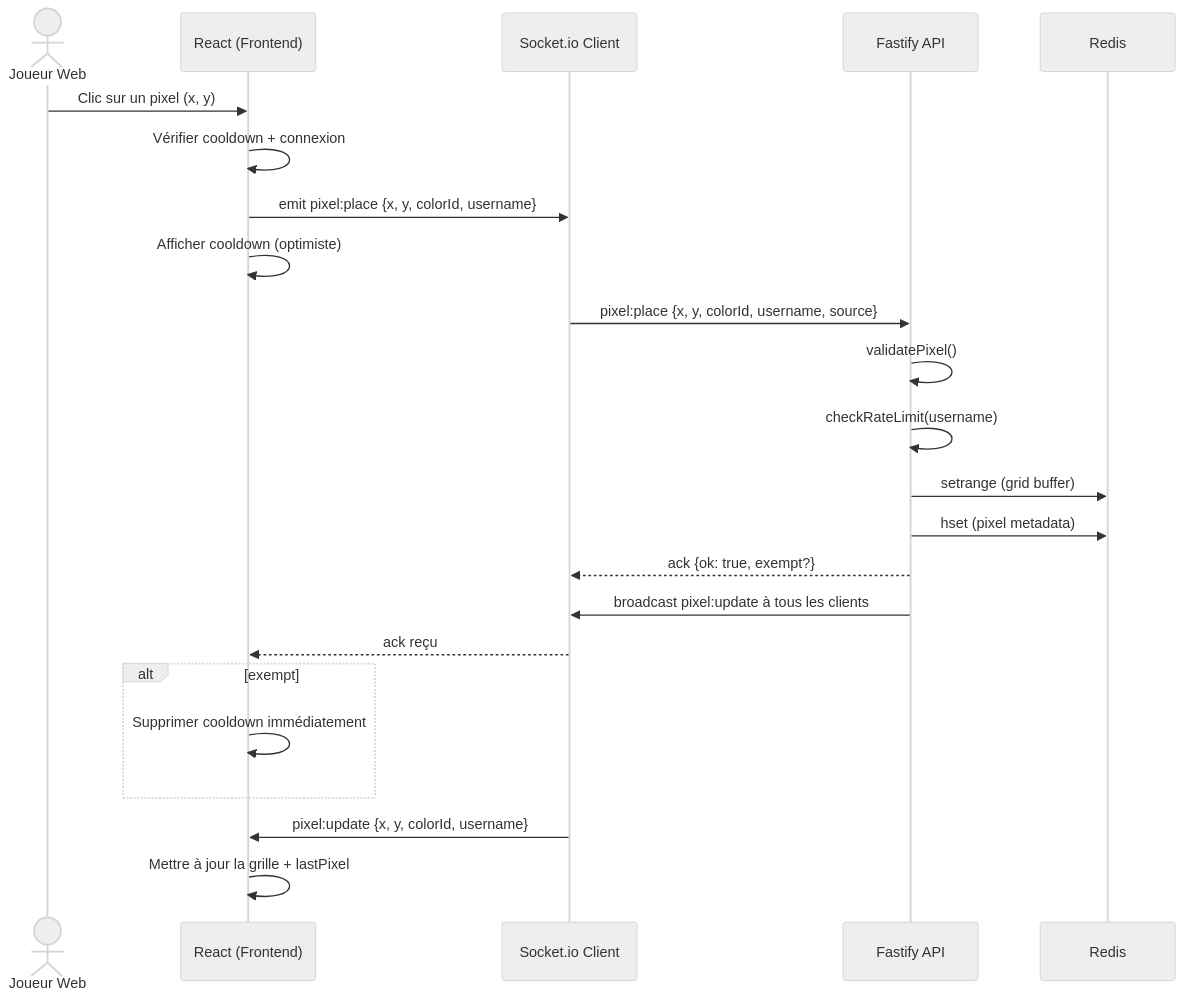
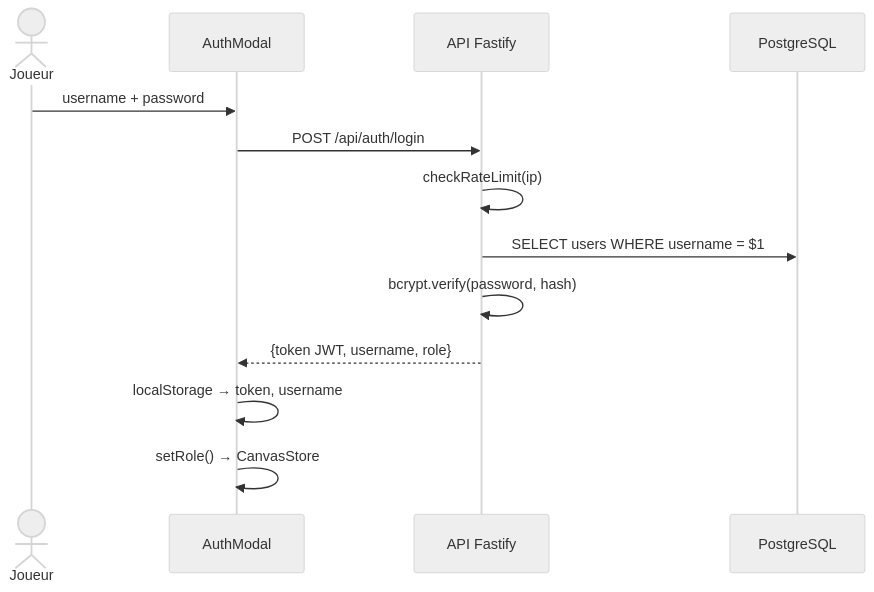
One commit to MaKSiiMe/VoxelPlace changed the first of 3 diagrams in docs/uml/sequence-diagram.md. Above: the diagram before and after it, drawn with Mermaid (neutral theme). The commit also changed other lines of this file and 34 other files, not shown here.

````diff
--- a/docs/uml/sequence-diagram.md
+++ b/docs/uml/sequence-diagram.md
@@ -5,29 +5,16 @@
 ```mermaid
 sequenceDiagram
-    actor User as Joueur Web
-    participant Front as React (Frontend)
-    participant Socket as Socket.io Client
-    participant API as Fastify API
-    participant Redis as Redis
+    actor U as Joueur
+    participant M as AuthModal
+    participant A as API Fastify
+    participant D as PostgreSQL
 
-    User->>Front: Clic sur un pixel (x, y)
-    Front->>Front: Vérifier cooldown + connexion
-    Front->>Socket: emit pixel:place {x, y, colorId, username}
-    Front->>Front: Afficher cooldown (optimiste)
-
-    Socket->>API: pixel:place {x, y, colorId, username, source}
-    API->>API: validatePixel()
-    API->>API: checkRateLimit(username)
-    API->>Redis: setrange (grid buffer)
-    API->>Redis: hset (pixel metadata)
-    API-->>Socket: ack {ok: true, exempt?}
-    API->>Socket: broadcast pixel:update à tous les clients
-
-    Socket-->>Front: ack reçu
-    alt exempt
-        Front->>Front: Supprimer cooldown immédiatement
-    end
-
-    Socket->>Front: pixel:update {x, y, colorId, username}
-    Front->>Front: Mettre à jour la grille + lastPixel
+    U->>M: username + password
+    M->>A: POST /api/auth/login
+    A->>A: checkRateLimit(ip)
+    A->>D: SELECT users WHERE username = $1
+    A->>A: bcrypt.verify(password, hash)
+    A-->>M: {token JWT, username, role}
+    M->>M: localStorage → token, username
+    M->>M: setRole() → CanvasStore
 ```
````
